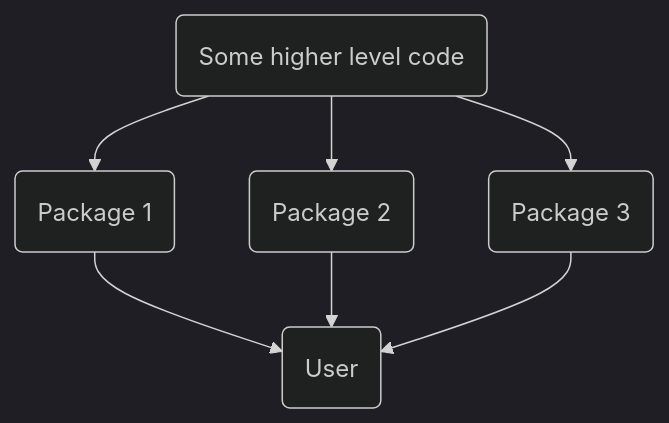
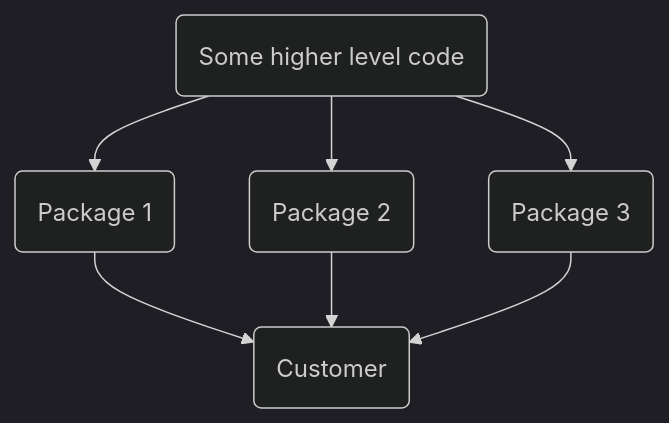
Before and after one commit to hoangbv15/my-notes: the third of 12 diagrams in software-dev/DDD.md, drawn with Mermaid (dark theme). The commit also changed other lines of this file, not shown here.

````diff
--- a/software-dev/DDD.md
+++ b/software-dev/DDD.md
@@ -89,16 +89,16 @@
 ```mermaid
 flowchart TD
   S("Some higher level code")
-  U("User")
+  U("Customer")
   P1("Package 1")
   P2("Package 2")
   P3("Package 3")
 
   P1 --> U
   P2 --> U
   P3 --> U
 
   S --> P1
   S --> P2
   S --> P3
 ```
````
